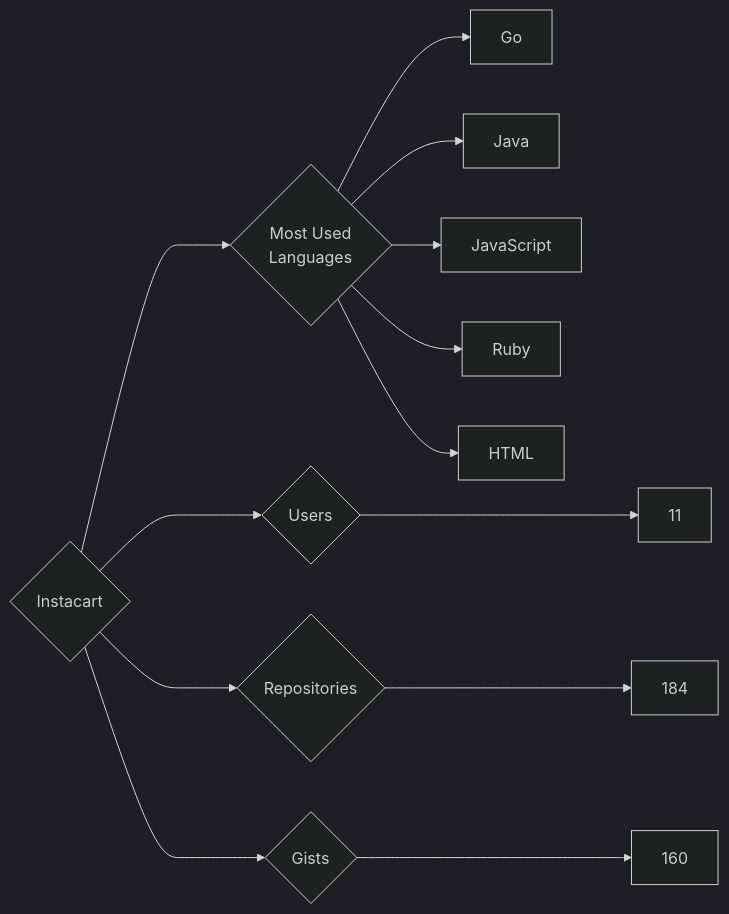
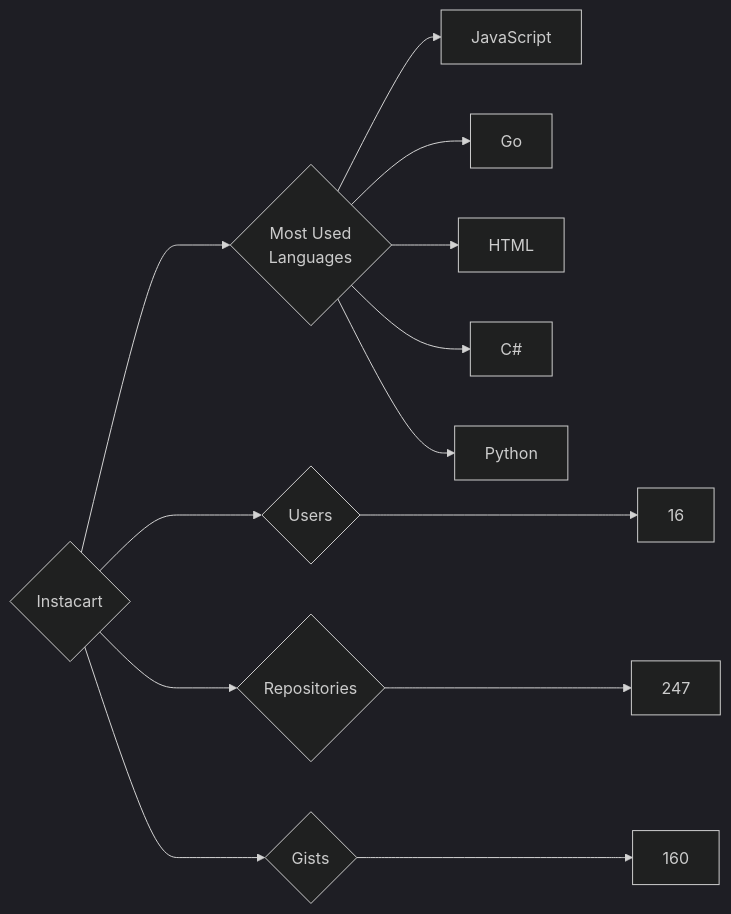
One commit to trickest/insiders changed the diagram in targets/Instacart/README.md. Above: the diagram before and after it, drawn with Mermaid (dark theme). The commit also changed 679 other files, not shown here.

````diff
--- a/targets/Instacart/README.md
+++ b/targets/Instacart/README.md
@@ -3,13 +3,13 @@
 ```mermaid
 graph LR
 COMPANY_NAME{Instacart}
-COMPANY_NAME ---> U{Users} ---> UN[11]
-COMPANY_NAME ---> R{Repositories} ---> RN[184]
+COMPANY_NAME ---> U{Users} ---> UN[16]
+COMPANY_NAME ---> R{Repositories} ---> RN[247]
 COMPANY_NAME ---> G{Gists} ---> GN[160]
 COMPANY_NAME ---> ML{Most Used<br>Languages}
+ML --> JavaScript[JavaScript]
 ML --> Go[Go]
-ML --> Java[Java]
-ML --> JavaScript[JavaScript]
-ML --> Ruby[Ruby]
 ML --> HTML[HTML]
+ML --> C#[C#]
+ML --> Python[Python]
 ```
````
